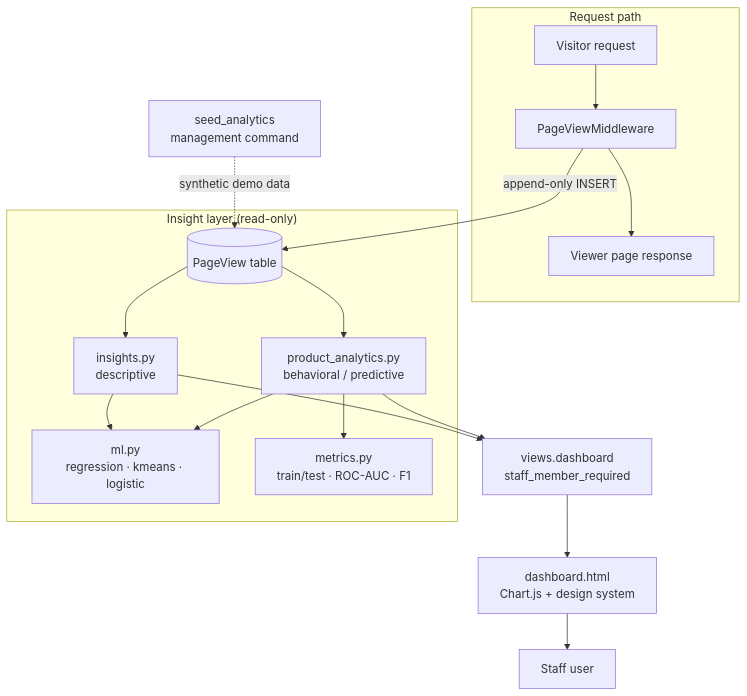
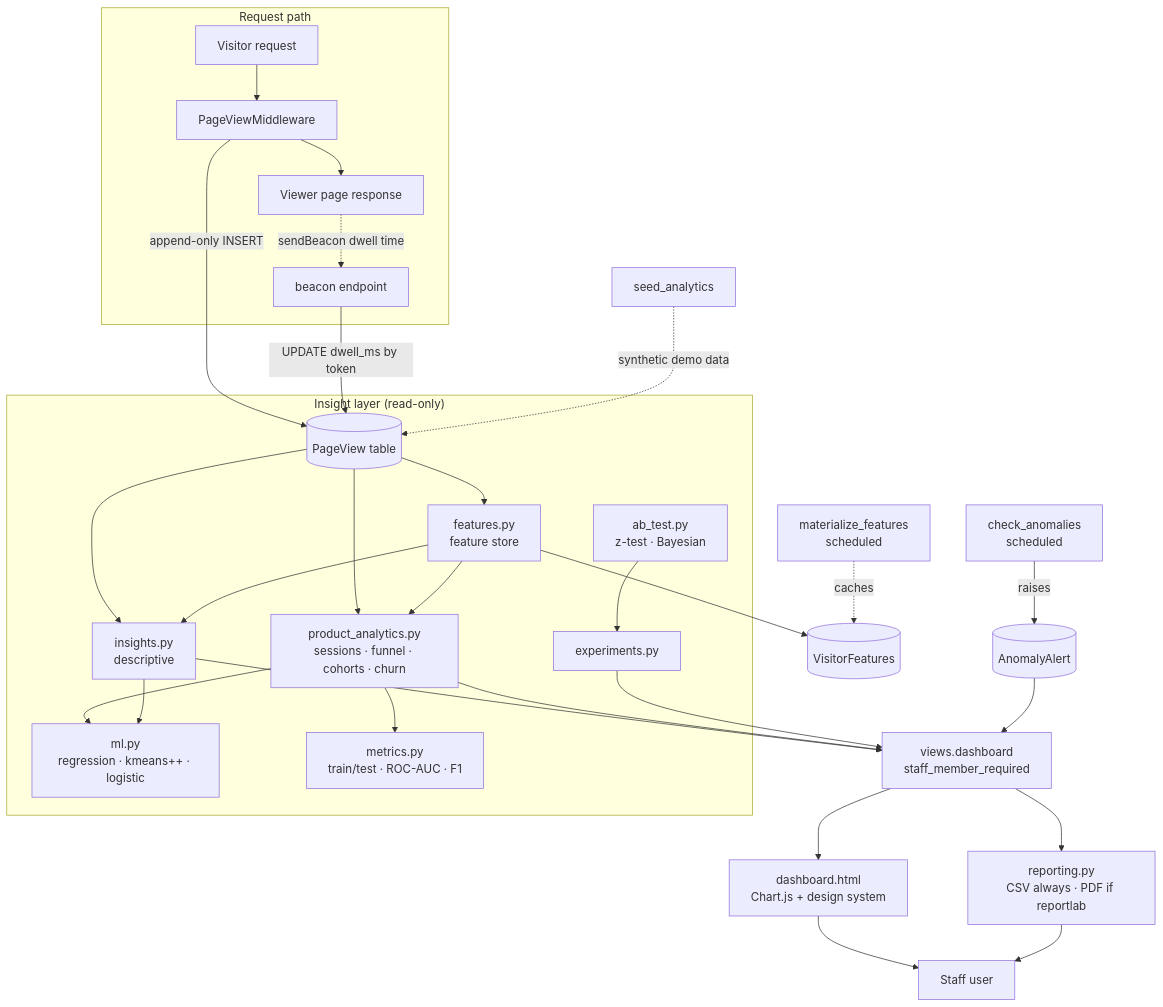
The first of 7 diagrams in docs/analytics-architecture.md (danieltalbert/emvera), drawn with Mermaid before and after one commit. The commit also changed other lines of this file, not shown here.

First line of the commit message:
Update analytics UML docs for feature store, beacons, A/B, alerts, reporting

````diff
--- a/docs/analytics-architecture.md
+++ b/docs/analytics-architecture.md
@@ -19,23 +19,36 @@
 ```mermaid
 flowchart TB
     subgraph Request path
         U[Visitor request] --> MW[PageViewMiddleware]
         MW --> V[Viewer page response]
+        V -. "sendBeacon dwell time" .-> BE[beacon endpoint]
     end
     MW -- "append-only INSERT" --> PV[(PageView table)]
+    BE -- "UPDATE dwell_ms by token" --> PV
 
     subgraph "Insight layer (read-only)"
+        PV --> FS[features.py<br/>feature store]
         PV --> INS[insights.py<br/>descriptive]
-        PV --> PA[product_analytics.py<br/>behavioral / predictive]
-        INS --> ML[ml.py<br/>regression · kmeans · logistic]
-        PA --> ML
+        PV --> PA[product_analytics.py<br/>sessions · funnel · cohorts · churn]
+        FS --> PA
+        FS --> INS
+        PA --> ML[ml.py<br/>regression · kmeans++ · logistic]
+        INS --> ML
         PA --> MET[metrics.py<br/>train/test · ROC-AUC · F1]
+        AB[ab_test.py<br/>z-test · Bayesian] --> EXP[experiments.py]
     end
 
     INS --> VIEW["views.dashboard<br/>staff_member_required"]
     PA --> VIEW
+    EXP --> VIEW
+    AL[(AnomalyAlert)] --> VIEW
     VIEW --> TPL[dashboard.html<br/>Chart.js + design system]
+    VIEW --> REP[reporting.py<br/>CSV always · PDF if reportlab]
     TPL --> STAFF[Staff user]
+    REP --> STAFF
 
-    SEED[seed_analytics<br/>management command] -. "synthetic demo data" .-> PV
+    SEED[seed_analytics] -. "synthetic demo data" .-> PV
+    CHK[check_anomalies<br/>scheduled] -- "raises" --> AL
+    MAT[materialize_features<br/>scheduled] -. "caches" .-> VF[(VisitorFeatures)]
+    FS --> VF
 ```
````
